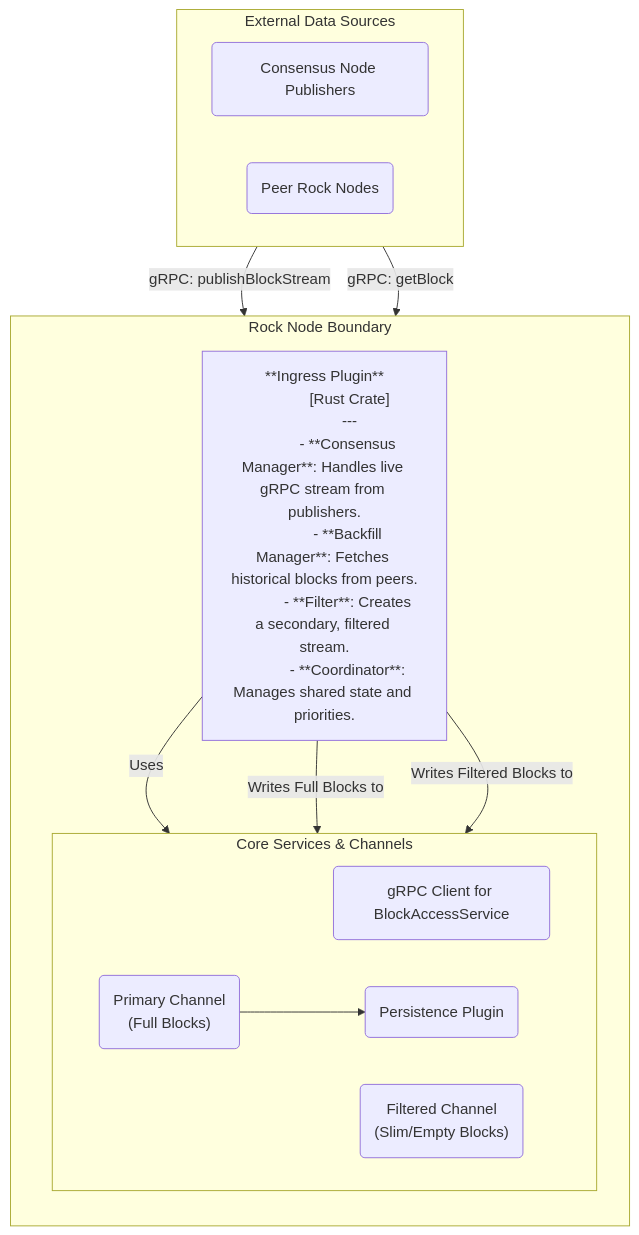
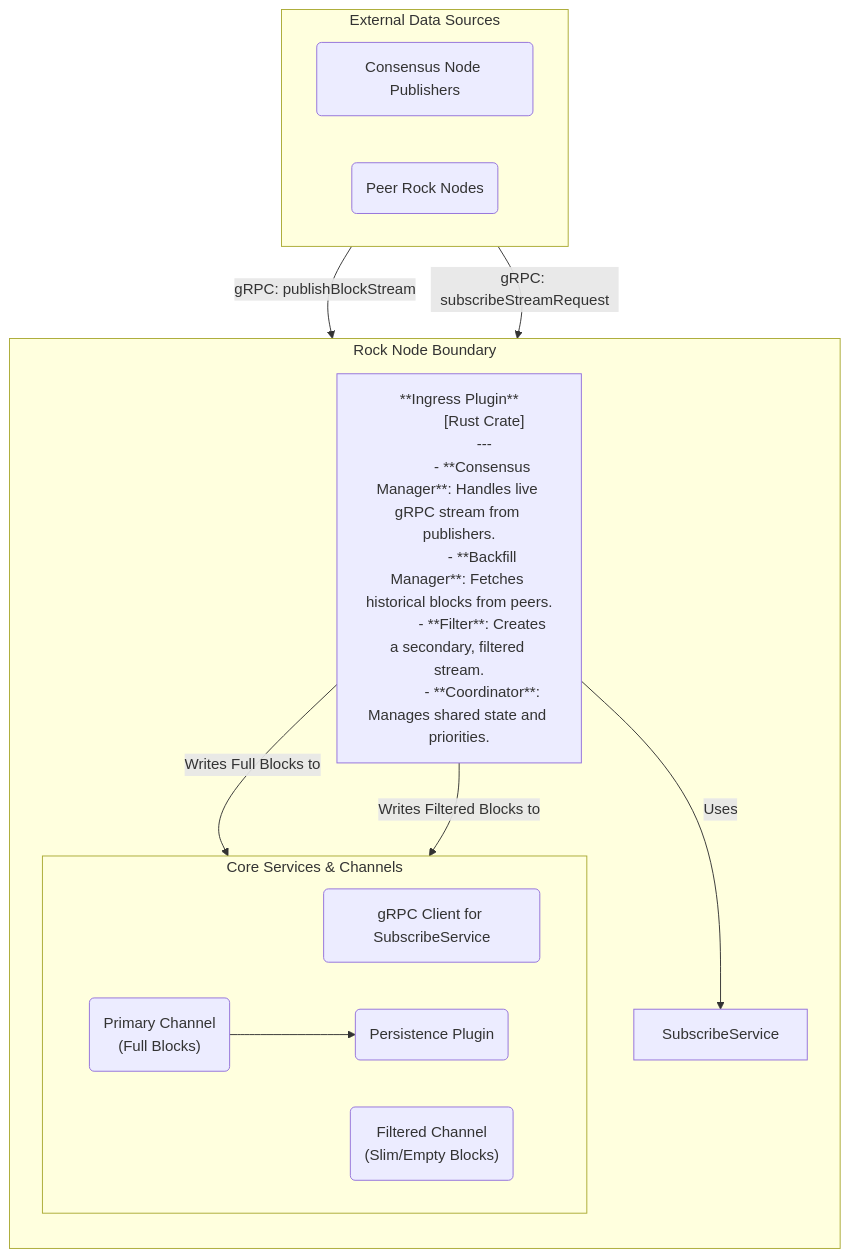
Before and after one commit to LimeChain/Rock-Node: the first of 3 diagrams in docs/ingress/design-doc.md, drawn with Mermaid. The commit also changed other lines of this file and 2 other files, not shown here.

Commit message:
fix diagram in design doc

````diff
--- a/docs/ingress/design-doc.md
+++ b/docs/ingress/design-doc.md
@@ -32,39 +32,39 @@
 ```mermaid
 graph TD
     subgraph "External Data Sources"
         direction LR
         Publishers("Consensus Node Publishers")
         PeerNodes("Peer Rock Nodes")
     end
 
     subgraph "Rock Node Boundary"
         direction TB
 
         IngressPlugin["
             **Ingress Plugin**
             [Rust Crate]
             ---
             - **Consensus Manager**: Handles live gRPC stream from publishers.
             - **Backfill Manager**: Fetches historical blocks from peers.
             - **Filter**: Creates a secondary, filtered stream.
             - **Coordinator**: Manages shared state and priorities.
         "]
 
         subgraph "Core Services & Channels"
             direction LR
-            BlockAccessClient("gRPC Client for BlockAccessService")
+            SubscribeServiceClient("gRPC Client for SubscribeService")
             PrimaryChannel("Primary Channel<br/>(Full Blocks)")
             FilteredChannel("Filtered Channel<br/>(Slim/Empty Blocks)")
             PersistencePlugin("Persistence Plugin")
         end
 
         Publishers -- "gRPC: publishBlockStream" --> IngressPlugin
-        PeerNodes -- "gRPC: getBlock" --> BlockAccessClient
+        PeerNodes -- "gRPC: subscribeStreamRequest" --> SubscribeService
 
-        IngressPlugin -- "Uses" --> BlockAccessClient
+        IngressPlugin -- "Uses" --> SubscribeService
         IngressPlugin -- "Writes Full Blocks to" --> PrimaryChannel
         IngressPlugin -- "Writes Filtered Blocks to" --> FilteredChannel
 
         PrimaryChannel --> PersistencePlugin
     end
 ```
````
